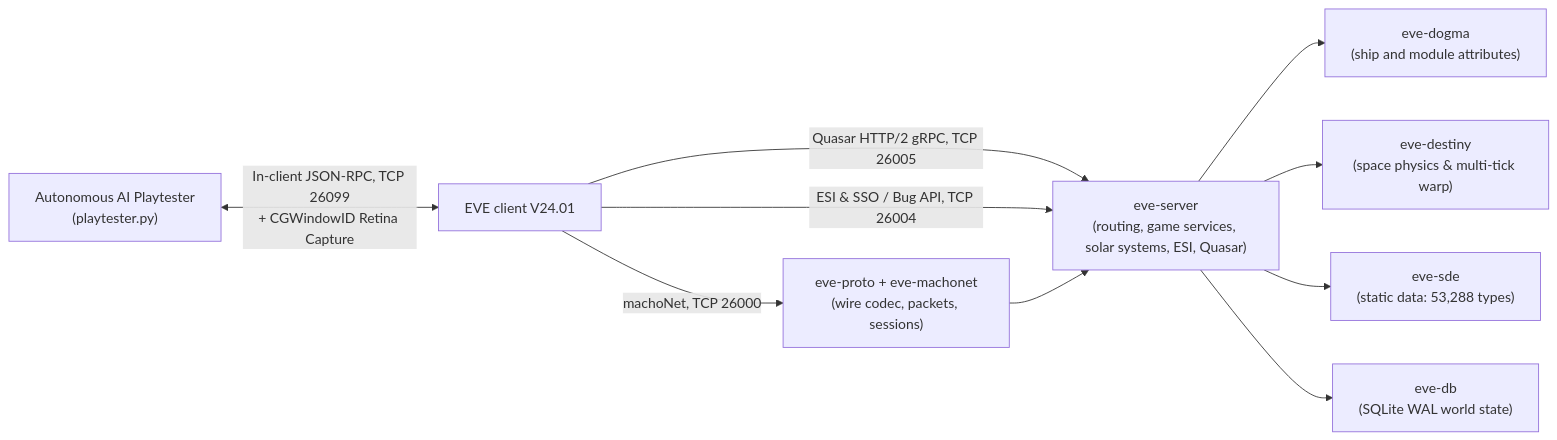
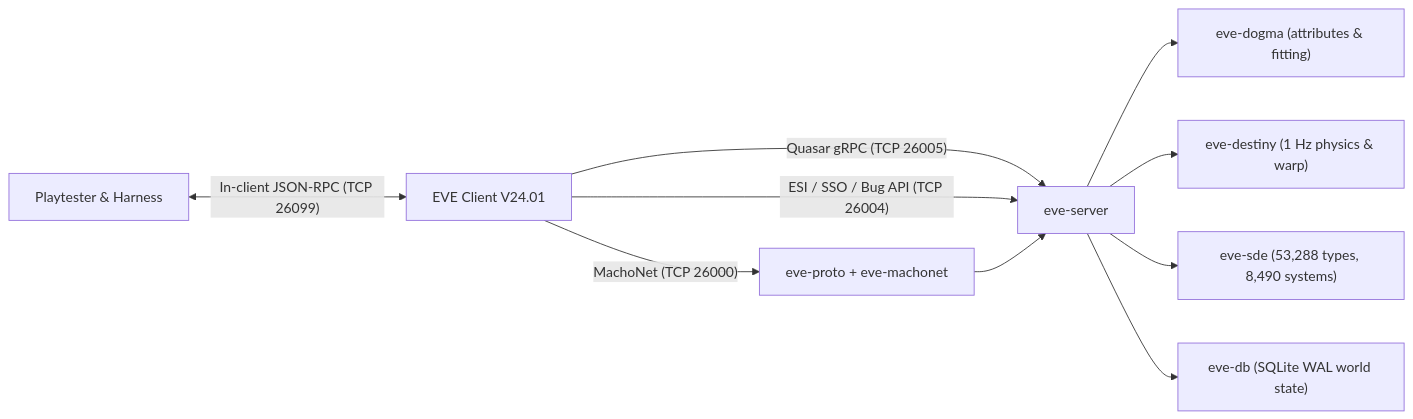
One commit to saverchenkov/EvoMu changed the diagram in README.md. Above: the diagram before and after it, drawn with Mermaid. The commit also changed other lines of this file, not shown here.

````diff
--- a/README.md
+++ b/README.md
@@ -389,12 +35,12 @@
 ```mermaid
 flowchart LR
-    Client["EVE client V24.01"] -->|"machoNet, TCP 26000"| Proto
-    Client -->|"Quasar HTTP/2 gRPC, TCP 26005"| Server
-    Client -->|"ESI & SSO / Bug API, TCP 26004"| Server
-    Playtester["Autonomous AI Playtester<br/>(playtester.py)"] <-->|"In-client JSON-RPC, TCP 26099<br/>+ CGWindowID Retina Capture"| Client
-    Proto["eve-proto + eve-machonet<br/>(wire codec, packets, sessions)"] --> Server
-    Server["eve-server<br/>(routing, game services, solar systems, ESI, Quasar)"] --> Dogma["eve-dogma<br/>(ship and module attributes)"]
-    Server --> Destiny["eve-destiny<br/>(space physics & multi-tick warp)"]
-    Server --> Sde["eve-sde<br/>(static data: 53,288 types)"]
-    Server --> Db["eve-db<br/>(SQLite WAL world state)"]
+    Client["EVE Client V24.01"] -->|"MachoNet (TCP 26000)"| Proto["eve-proto + eve-machonet"]
+    Client -->|"Quasar gRPC (TCP 26005)"| Server["eve-server"]
+    Client -->|"ESI / SSO / Bug API (TCP 26004)"| Server
+    Playtester["Playtester & Harness"] <-->|"In-client JSON-RPC (TCP 26099)"| Client
+    Proto --> Server
+    Server --> Dogma["eve-dogma (attributes & fitting)"]
+    Server --> Destiny["eve-destiny (1 Hz physics & warp)"]
+    Server --> Sde["eve-sde (53,288 types, 8,490 systems)"]
+    Server --> Db["eve-db (SQLite WAL world state)"]
 ```
````
